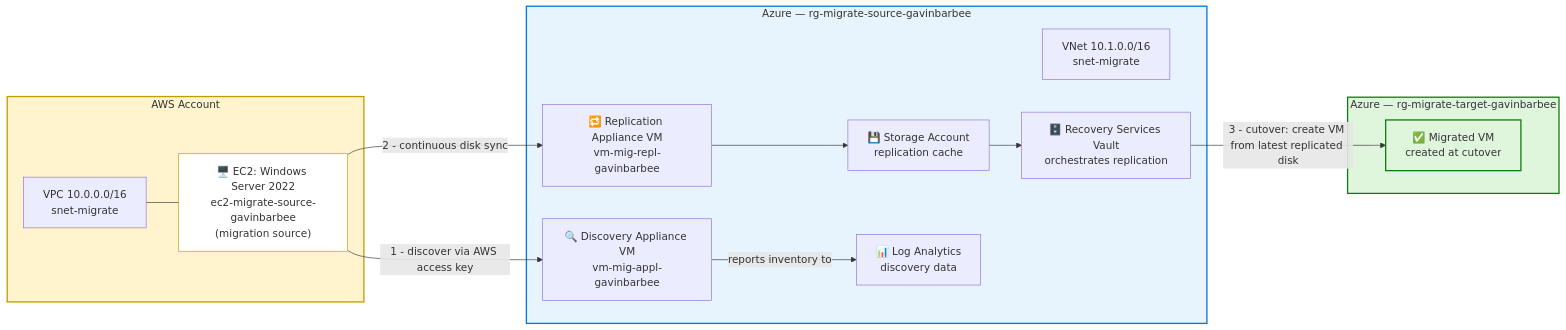
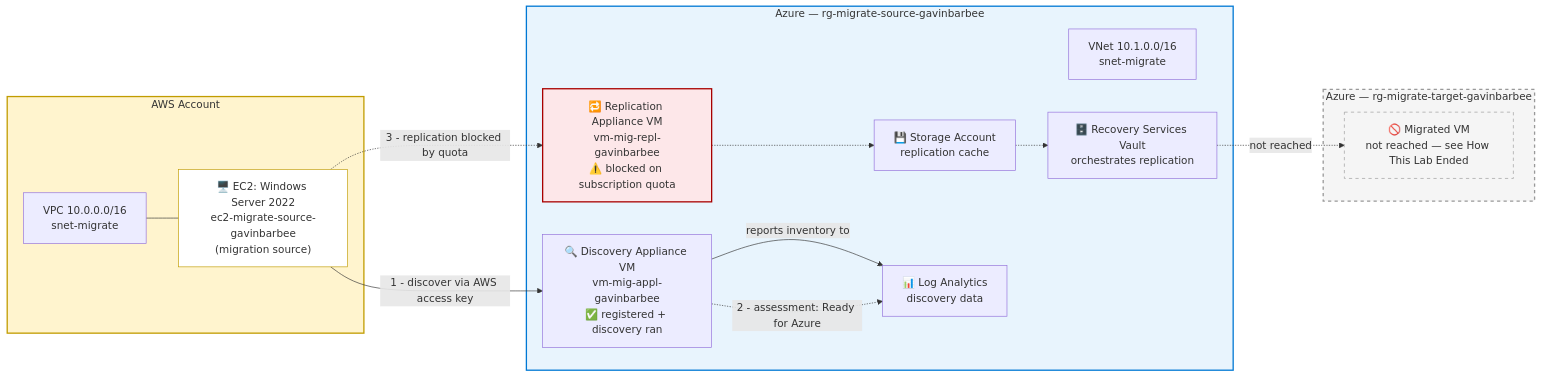
One commit to gavinbarbee/aws-to-azure-migration-lab changed the diagram in README.md. Above: the diagram before and after it, drawn with Mermaid. The commit also changed other lines of this file and 35 other files, not shown here.

Commit message:
Complete migration lab: discovery, assessment, and full troubleshooting documentation

````diff
--- a/README.md
+++ b/README.md
@@ -35,34 +39,36 @@
 ```mermaid
 flowchart LR
     subgraph AWS["AWS Account"]
         VPC["VPC 10.0.0.0/16<br/>snet-migrate"]
         EC2["🖥️ EC2: Windows Server 2022<br/>ec2-migrate-source-gavinbarbee<br/>(migration source)"]
         VPC --- EC2
     end
 
     subgraph Source["Azure — rg-migrate-source-gavinbarbee"]
         VNet["VNet 10.1.0.0/16<br/>snet-migrate"]
-        DiscApp["🔍 Discovery Appliance VM<br/>vm-mig-appl-gavinbarbee"]
-        ReplApp["🔁 Replication Appliance VM<br/>vm-mig-repl-gavinbarbee"]
+        DiscApp["🔍 Discovery Appliance VM<br/>vm-mig-appl-gavinbarbee<br/>✅ registered + discovery ran"]
+        ReplApp["🔁 Replication Appliance VM<br/>vm-mig-repl-gavinbarbee<br/>⚠️ blocked on subscription quota"]
         Cache["💾 Storage Account<br/>replication cache"]
         RSV["🗄️ Recovery Services Vault<br/>orchestrates replication"]
         LAW["📊 Log Analytics<br/>discovery data"]
     end
 
     subgraph Target["Azure — rg-migrate-target-gavinbarbee"]
-        TargetVM["✅ Migrated VM<br/>created at cutover"]
+        TargetVM["🚫 Migrated VM<br/>not reached — see How This Lab Ended"]
     end
 
     EC2 -->|"1 - discover via AWS access key"| DiscApp
     DiscApp -->|reports inventory to| LAW
-    EC2 -->|"2 - continuous disk sync"| ReplApp
-    ReplApp --> Cache
-    Cache --> RSV
-    RSV -->|"3 - cutover: create VM from latest replicated disk"| TargetVM
+    DiscApp -.->|"2 - assessment: Ready for Azure"| LAW
+    EC2 -.->|"3 - replication blocked by quota"| ReplApp
+    ReplApp -.-> Cache
+    Cache -.-> RSV
+    RSV -.->|not reached| TargetVM
 
     style AWS fill:#fff4ce,stroke:#c19c00,stroke-width:2px
     style Source fill:#e8f4fd,stroke:#0078d4,stroke-width:2px
-    style Target fill:#dff6dd,stroke:#107c10,stroke-width:2px
-    style TargetVM fill:#dff6dd,stroke:#107c10,stroke-width:2px
+    style Target fill:#f5f5f5,stroke:#999999,stroke-width:2px,stroke-dasharray: 5 5
+    style TargetVM fill:#f5f5f5,stroke:#999999,stroke-width:1px,stroke-dasharray: 5 5
+    style ReplApp fill:#fde7e9,stroke:#a80000,stroke-width:2px
     style EC2 fill:#ffffff,stroke:#c19c00,stroke-width:1px
 ```
````
